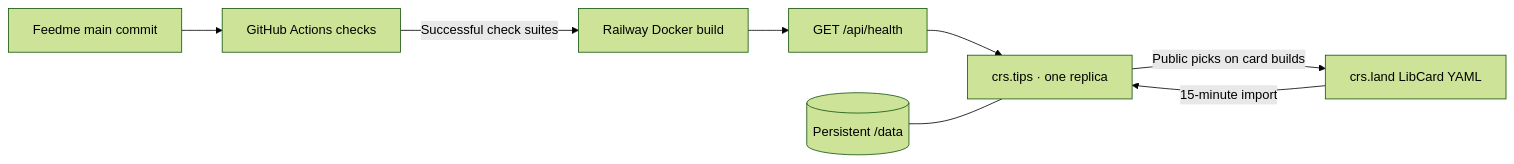
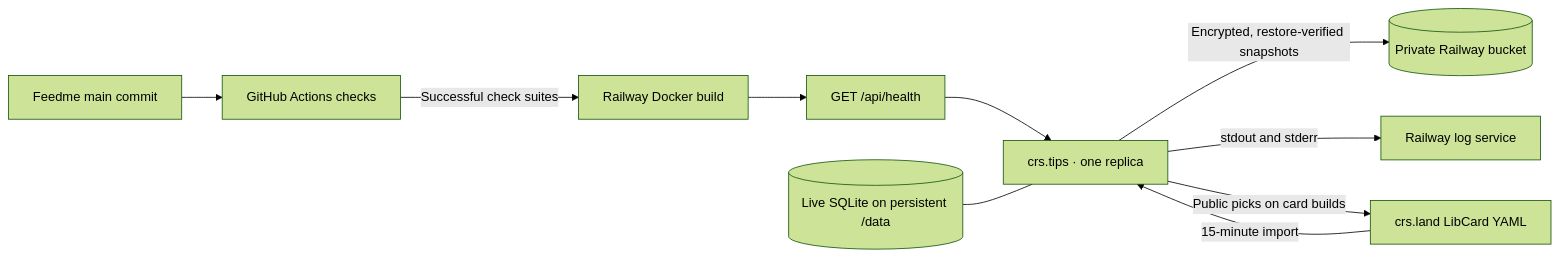
Before and after one commit to crs48/feedme: the diagram in docs/crs-tips.md, drawn with Mermaid (forest theme). The commit also changed other lines of this file, not shown here.

First line of the commit message:
docs(storage): record independent production backups and logging

````diff
--- a/docs/crs-tips.md
+++ b/docs/crs-tips.md
@@ -11,10 +11,12 @@
 ```mermaid
 flowchart LR
   Main[Feedme main commit] --> Checks[GitHub Actions checks]
   Checks -->|Successful check suites| Railway[Railway Docker build]
   Railway --> Health[GET /api/health]
   Health --> Instance[crs.tips · one replica]
-  Disk[(Persistent /data)] --- Instance
+  Disk[(Live SQLite on persistent /data)] --- Instance
+  Instance -->|Encrypted, restore-verified snapshots| Backups[(Private Railway bucket)]
+  Instance -->|stdout and stderr| Logs[Railway log service]
   Card[crs.land LibCard YAML] -->|15-minute import| Instance
   Instance -->|Public picks on card builds| Card
 ```
````
